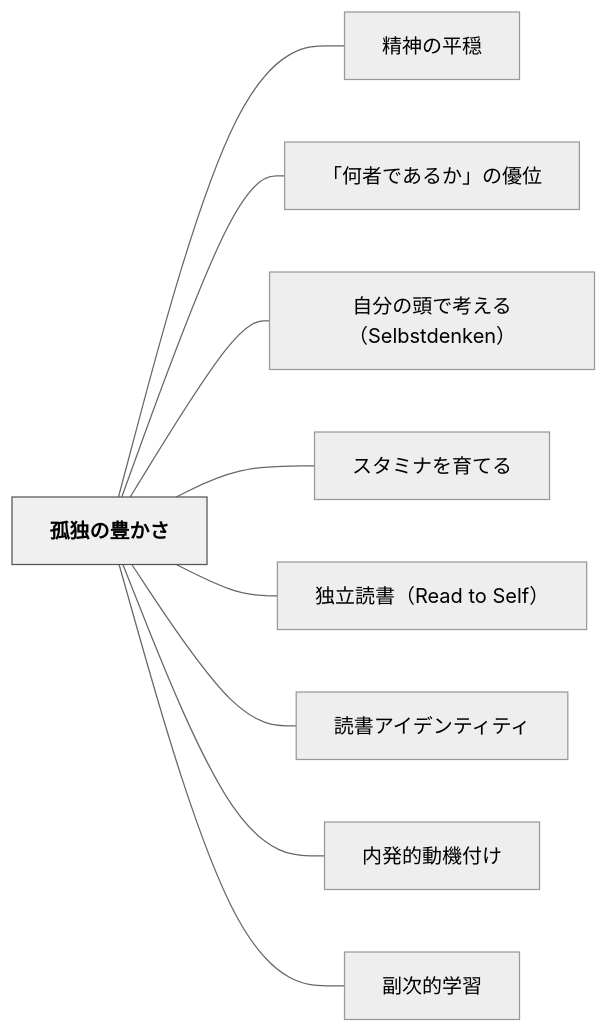
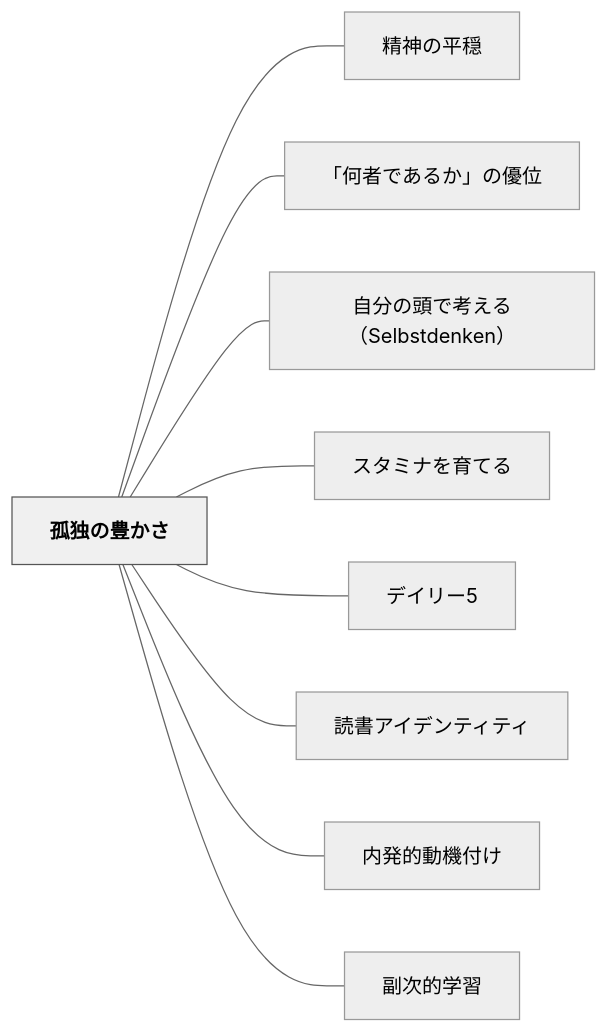
One commit to unknownthings-ed-patterns/unknownthings-ed-patterns changed the diagram in content/パタン/孤独の豊かさ.md. Above: the diagram before and after it, drawn with Mermaid (neutral theme). The commit also changed 158 other files, not shown here.

````diff
--- a/content/パタン/孤独の豊かさ.md
+++ b/content/パタン/孤独の豊かさ.md
@@ -110,24 +110,24 @@
 ```mermaid
 flowchart LR
     ne5ada4e78bace381aee8b18ae3818be38195["孤独の豊かさ"]
     ne7b2bee7a59ee381aee5b9b3e7a98f["精神の平穏"]
     ne3808ce4bd95e88085e381a7e38182e3828be3818be3808de381aee584aae4bd8d["「何者であるか」の優位"]
     ne887aae58886e381aee9a0ade381a7e88083e38188e3828befbc8853656c62737464656e6b656eefbc89["自分の頭で考える（Selbstdenken）"]
     ne382b9e382bfe3839fe3838ae38292e882b2e381a6e3828b["スタミナを育てる"]
-    ne78bace7ab8be8aaade69bb8efbc885265616420746f2053656c66efbc89["独立読書（Read to Self）"]
+    ne38387e382a4e383aae383bc35["デイリー5"]
     ne8aaade69bb8e382a2e382a4e38387e383b3e38386e382a3e38386e382a3["読書アイデンティティ"]
     ne58685e799bae79a84e58b95e6a99fe4bb98e38191["内発的動機付け"]
     ne589afe6aca1e79a84e5ada6e7bf92["副次的学習"]
 
     ne5ada4e78bace381aee8b18ae3818be38195 --- ne7b2bee7a59ee381aee5b9b3e7a98f
     ne5ada4e78bace381aee8b18ae3818be38195 --- ne3808ce4bd95e88085e381a7e38182e3828be3818be3808de381aee584aae4bd8d
     ne5ada4e78bace381aee8b18ae3818be38195 --- ne887aae58886e381aee9a0ade381a7e88083e38188e3828befbc8853656c62737464656e6b656eefbc89
     ne5ada4e78bace381aee8b18ae3818be38195 --- ne382b9e382bfe3839fe3838ae38292e882b2e381a6e3828b
-    ne5ada4e78bace381aee8b18ae3818be38195 --- ne78bace7ab8be8aaade69bb8efbc885265616420746f2053656c66efbc89
+    ne5ada4e78bace381aee8b18ae3818be38195 --- ne38387e382a4e383aae383bc35
     ne5ada4e78bace381aee8b18ae3818be38195 --- ne8aaade69bb8e382a2e382a4e38387e383b3e38386e382a3e38386e382a3
     ne5ada4e78bace381aee8b18ae3818be38195 --- ne58685e799bae79a84e58b95e6a99fe4bb98e38191
     ne5ada4e78bace381aee8b18ae3818be38195 --- ne589afe6aca1e79a84e5ada6e7bf92
 
     classDef hub fill:#f0f0f0,stroke:#555,color:#000,font-weight:bold
     class ne5ada4e78bace381aee8b18ae3818be38195 hub
 ```
````
